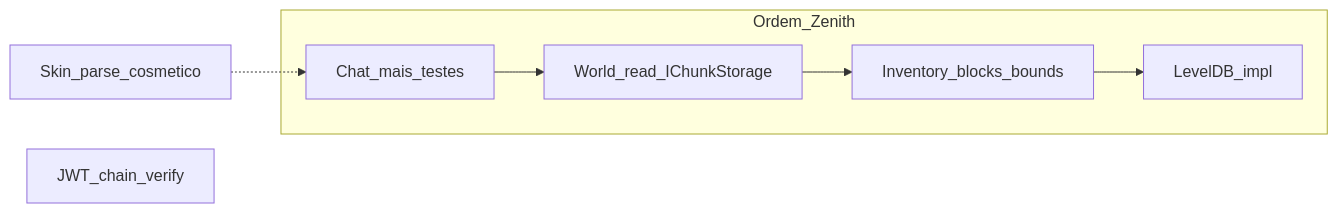
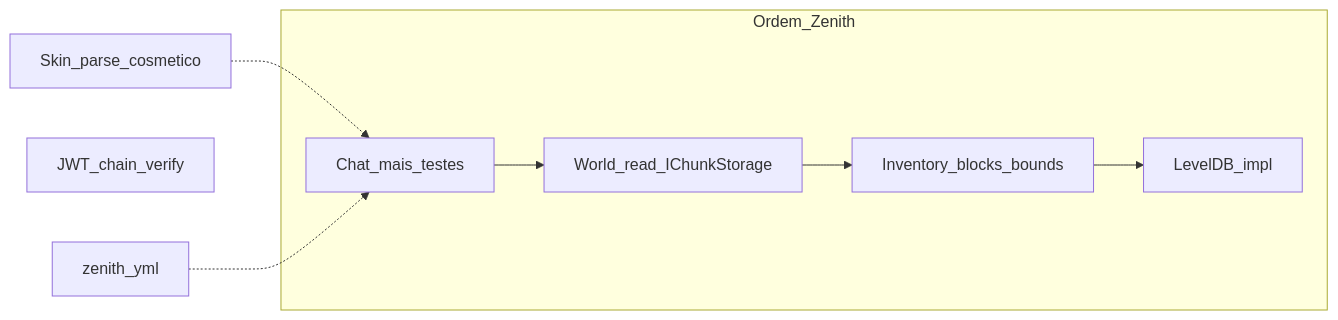
The diagram in ARCHITECTURE.md (zenith-bedrock/zenith), drawn with Mermaid before and after one commit. The commit also changed other lines of this file and 16 other files, not shown here.

````diff
--- a/ARCHITECTURE.md
+++ b/ARCHITECTURE.md
@@ -113,13 +118,15 @@
 ```mermaid
 flowchart LR
   subgraph phases [Ordem_Zenith]
     P1[Chat_mais_testes]
     P2[World_read_IChunkStorage]
     P3[Inventory_blocks_bounds]
     P4[LevelDB_impl]
   end
   P1 --> P2 --> P3 --> P4
   Skin[Skin_parse_cosmetico]
   Skin -.-> P1
   JwtGate[JWT_chain_verify]
+  Cfg[zenith_yml]
+  Cfg -.-> P1
 ```
````
